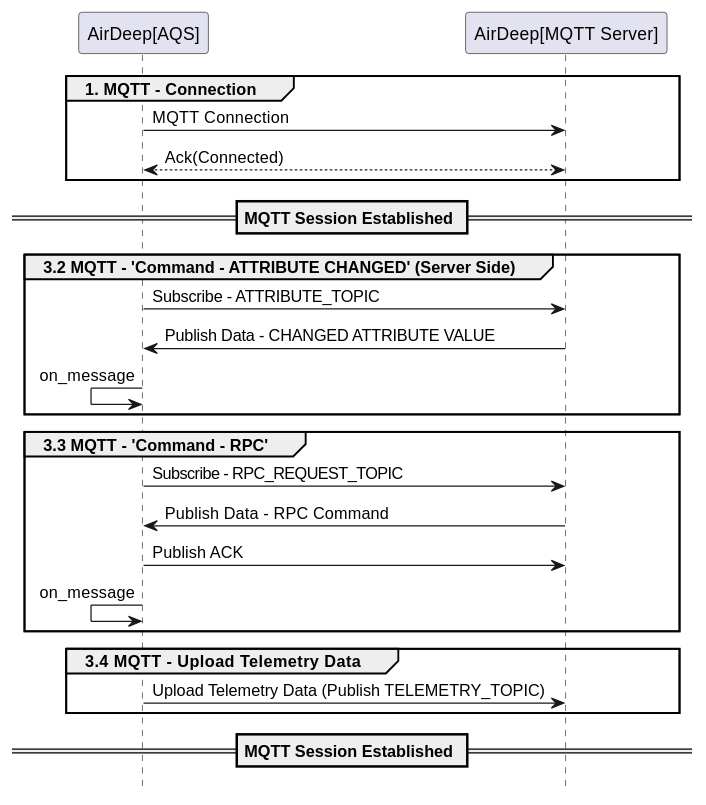
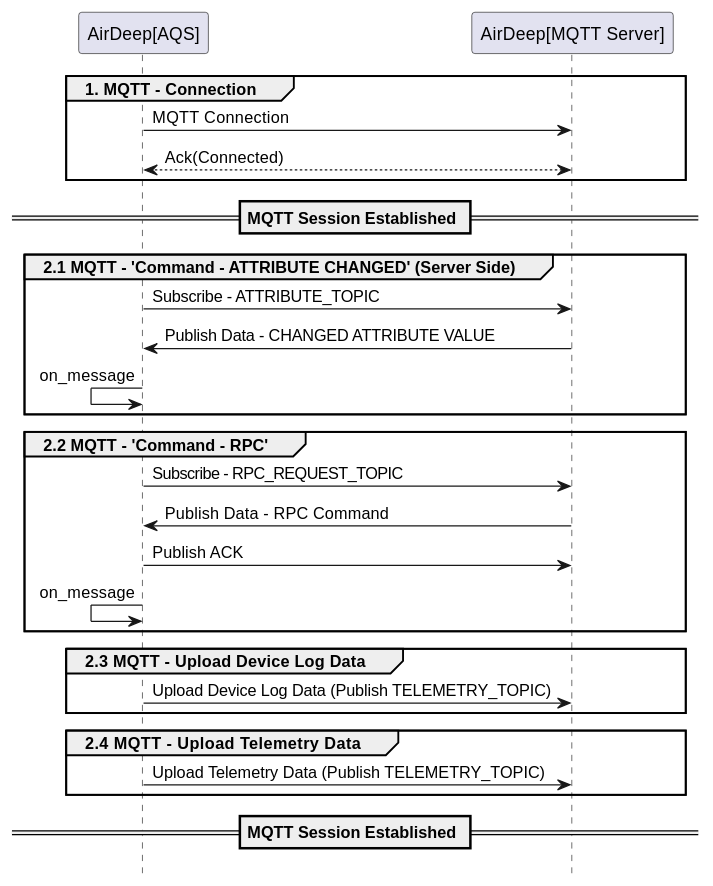
Before and after one commit to RTdataLab/DE-ADeep-API-Guide: the third of 3 diagrams in README.md, drawn with PlantUML. The commit also changed other lines of this file and 7 other files, not shown here.

Commit message:
[update v0.3.5]  - 응답 TOPIC 통일화 TELEMETRY_TOPIC  - 응답 Json Key 변경  - Shard Attribute - remoteLogLevel 추가  - UploadTelemetryLogData.md 추가

````diff
--- a/README.md
+++ b/README.md
@@ -181,30 +188,34 @@
    ```plantuml
    @startuml
      participant "AirDeep[AQS]" order 1
      participant "AirDeep[MQTT Server]" order 2
      hide footbox
       group 1. MQTT - Connection
       "AirDeep[AQS]" -> "AirDeep[MQTT Server]" : MQTT Connection
       "AirDeep[AQS]" <--> "AirDeep[MQTT Server]"  : Ack(Connected)
      end
      == MQTT Session Established ==
-     group 3.2 MQTT - 'Command - ATTRIBUTE CHANGED' (Server Side)
+     group 2.1 MQTT - 'Command - ATTRIBUTE CHANGED' (Server Side)
        "AirDeep[AQS]" -> "AirDeep[MQTT Server]" : Subscribe - ATTRIBUTE_TOPIC
        "AirDeep[AQS]" <- "AirDeep[MQTT Server]" : Publish Data - CHANGED ATTRIBUTE VALUE
        "AirDeep[AQS]" <- "AirDeep[AQS]" : on_message
      end
 
-     group 3.3 MQTT - 'Command - RPC'
+     group 2.2 MQTT - 'Command - RPC'
        "AirDeep[AQS]" -> "AirDeep[MQTT Server]" : Subscribe - RPC_REQUEST_TOPIC
        "AirDeep[AQS]" <- "AirDeep[MQTT Server]" : Publish Data - RPC Command
        "AirDeep[AQS]" -> "AirDeep[MQTT Server]" : Publish ACK
        "AirDeep[AQS]" <- "AirDeep[AQS]" : on_message
      end
 
-     group 3.4 MQTT - Upload Telemetry Data
+     group 2.3 MQTT - Upload Device Log Data
+       "AirDeep[AQS]" -> "AirDeep[MQTT Server]" : Upload Device Log Data (Publish TELEMETRY_TOPIC)
+     end
+
+     group 2.4 MQTT - Upload Telemetry Data
        "AirDeep[AQS]" -> "AirDeep[MQTT Server]" : Upload Telemetry Data (Publish TELEMETRY_TOPIC)
      end
 
      == MQTT Session Established ==
    @enduml
    ```
````
